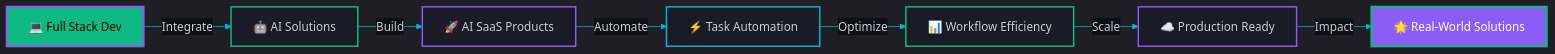
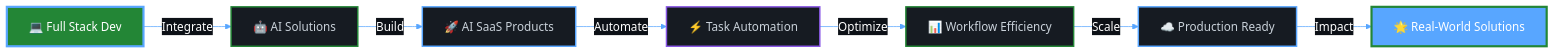
Before and after one commit to nitishgoswami-git/nitishgoswami-git: the diagram in README.md, drawn with Mermaid. The commit also changed other lines of this file, not shown here.

````diff
--- a/README.md
+++ b/README.md
@@ -134,18 +134,18 @@
 ```mermaid
-%%{init: {'theme':'dark', 'themeVariables': { 'primaryColor':'#10B981','primaryTextColor':'#000','primaryBorderColor':'#8B5CF6','lineColor':'#06B6D4','secondaryColor':'#1a1b27','tertiaryColor':'#0D1117','edgeLabelBackground':'#0D1117','nodeTextColor':'#fff'}}}%%
+%%{init: {'theme':'base', 'themeVariables': { 'primaryColor':'#238636','primaryTextColor':'#fff','primaryBorderColor':'#58a6ff','lineColor':'#58a6ff','secondaryColor':'#161b22','tertiaryColor':'#0d1117','edgeLabelBackground':'#0d1117','nodeTextColor':'#c9d1d9','fontFamily':'ui-monospace,SFMono-Regular,SF Mono,Menlo,Consolas,Liberation Mono,monospace'}}}%%
 graph LR
     A[💻 Full Stack Dev] -->|Integrate| B[🤖 AI Solutions]
     B -->|Build| C[🚀 AI SaaS Products]
     C -->|Automate| D[⚡ Task Automation]
     D -->|Optimize| E[📊 Workflow Efficiency]
     E -->|Scale| F[☁️ Production Ready]
     F -->|Impact| G[🌟 Real-World Solutions]
     
-    style A fill:#10B981,stroke:#8B5CF6,stroke-width:3px,color:#000
-    style B fill:#1a1b27,stroke:#10B981,stroke-width:2px
-    style C fill:#1a1b27,stroke:#8B5CF6,stroke-width:2px
-    style D fill:#1a1b27,stroke:#06B6D4,stroke-width:2px
-    style E fill:#1a1b27,stroke:#10B981,stroke-width:2px
-    style F fill:#1a1b27,stroke:#8B5CF6,stroke-width:2px
-    style G fill:#8B5CF6,stroke:#10B981,stroke-width:3px,color:#fff
+    style A fill:#238636,stroke:#58a6ff,stroke-width:3px,color:#fff
+    style B fill:#161b22,stroke:#238636,stroke-width:2px,color:#c9d1d9
+    style C fill:#161b22,stroke:#58a6ff,stroke-width:2px,color:#c9d1d9
+    style D fill:#161b22,stroke:#8957e5,stroke-width:2px,color:#c9d1d9
+    style E fill:#161b22,stroke:#238636,stroke-width:2px,color:#c9d1d9
+    style F fill:#161b22,stroke:#58a6ff,stroke-width:2px,color:#c9d1d9
+    style G fill:#58a6ff,stroke:#238636,stroke-width:3px,color:#fff
 ```
````
